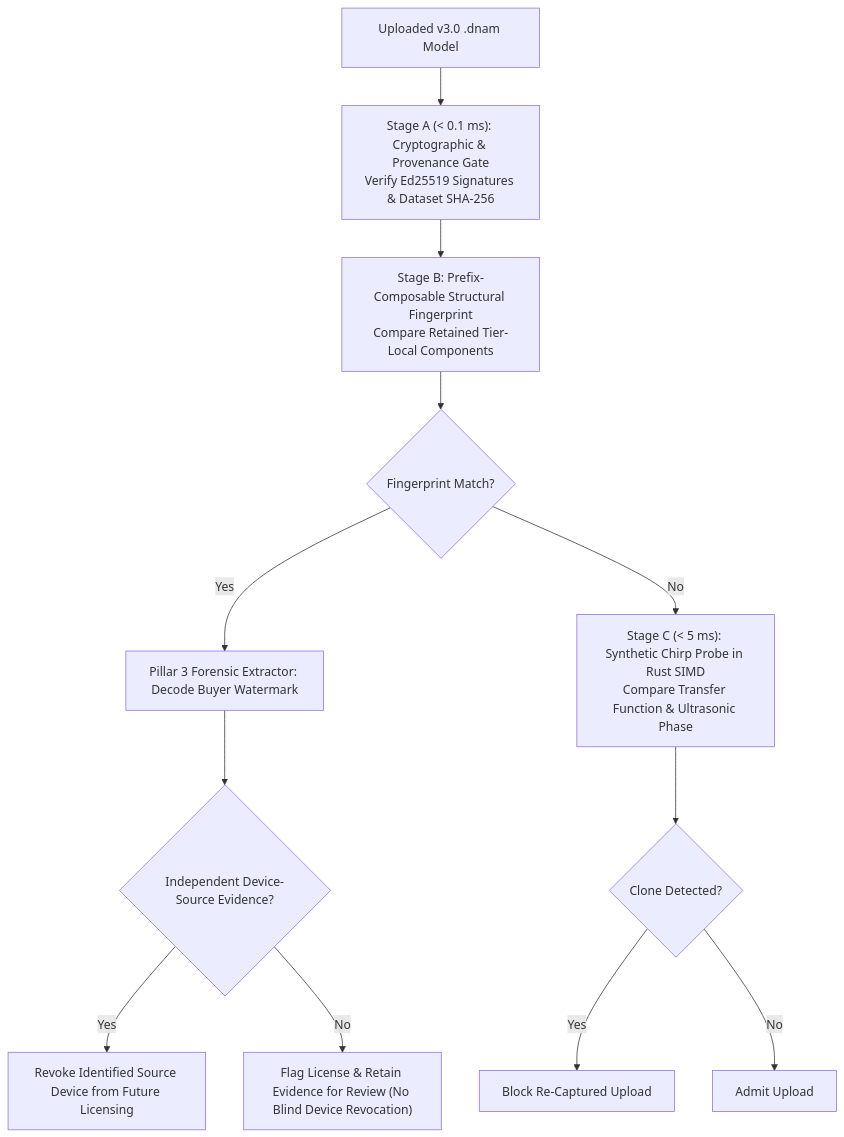
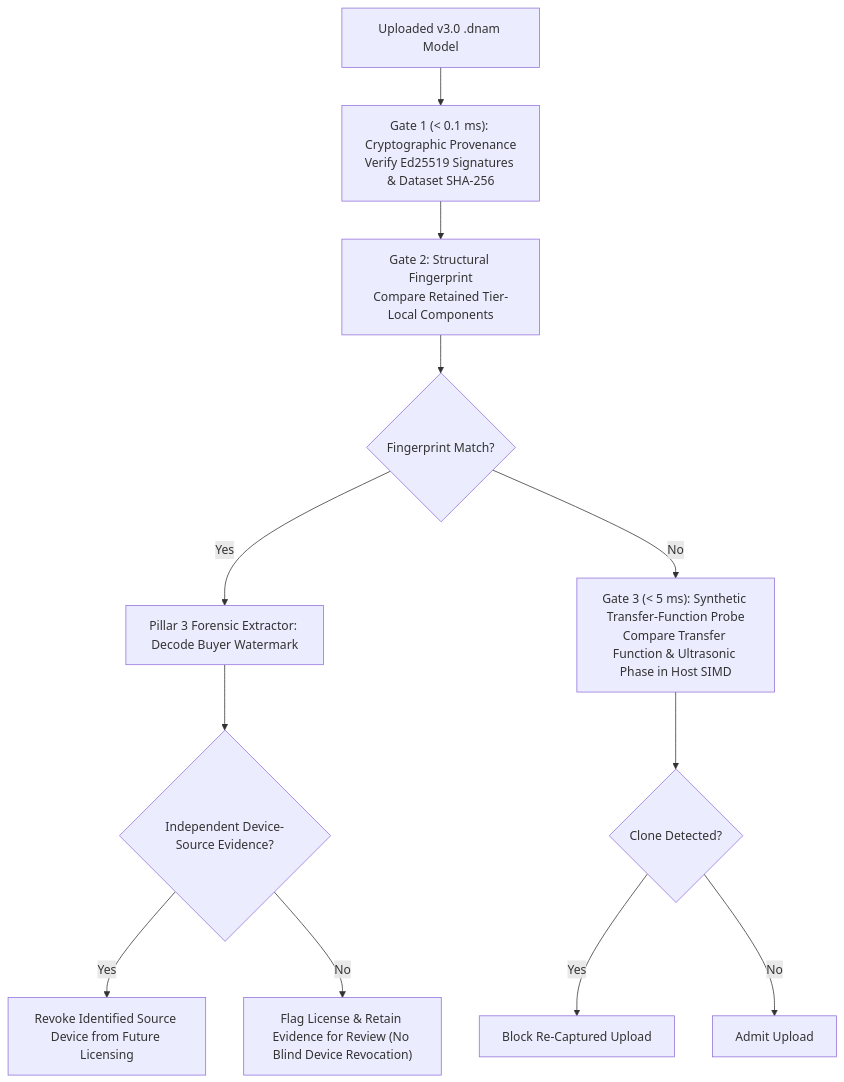
Before and after one commit to mokugen/dnam: the first of 3 diagrams in docs/specs/security/watermarking_and_marketplace.md, drawn with Mermaid. The commit also changed other lines of this file and 198 other files, not shown here.

````diff
--- a/docs/specs/security/watermarking_and_marketplace.md
+++ b/docs/specs/security/watermarking_and_marketplace.md
@@ -130,14 +189,14 @@
 ```mermaid
 flowchart TD
-    Upload["Uploaded v3.0 .dnam Model"] --> StageA["Stage A (< 0.1 ms): Cryptographic & Provenance Gate<br/>Verify Ed25519 Signatures & Dataset SHA-256"]
-    StageA --> StageB["Stage B: Prefix-Composable Structural Fingerprint<br/>Compare Retained Tier-Local Components"]
-    StageB --> Match{"Fingerprint Match?"}
+    Upload["Uploaded v3.0 .dnam Model"] --> Gate1["Gate 1 (< 0.1 ms): Cryptographic Provenance<br/>Verify Ed25519 Signatures & Dataset SHA-256"]
+    Gate1 --> Gate2["Gate 2: Structural Fingerprint<br/>Compare Retained Tier-Local Components"]
+    Gate2 --> Match{"Fingerprint Match?"}
     Match -- "Yes" --> Trace["Pillar 3 Forensic Extractor: Decode Buyer Watermark"]
     Trace --> Evid{"Independent Device-Source Evidence?"}
     Evid -- "Yes" --> Revoke["Revoke Identified Source Device from Future Licensing"]
     Evid -- "No" --> Hold["Flag License & Retain Evidence for Review (No Blind Device Revocation)"]
-    Match -- "No" --> StageC["Stage C (< 5 ms): Synthetic Chirp Probe in Rust SIMD<br/>Compare Transfer Function & Ultrasonic Phase"]
-    StageC --> Clone{"Clone Detected?"}
+    Match -- "No" --> Gate3["Gate 3 (< 5 ms): Synthetic Transfer-Function Probe<br/>Compare Transfer Function & Ultrasonic Phase in Host SIMD"]
+    Gate3 --> Clone{"Clone Detected?"}
     Clone -- "Yes" --> Block["Block Re-Captured Upload"]
     Clone -- "No" --> Pass["Admit Upload"]
 ```
````
